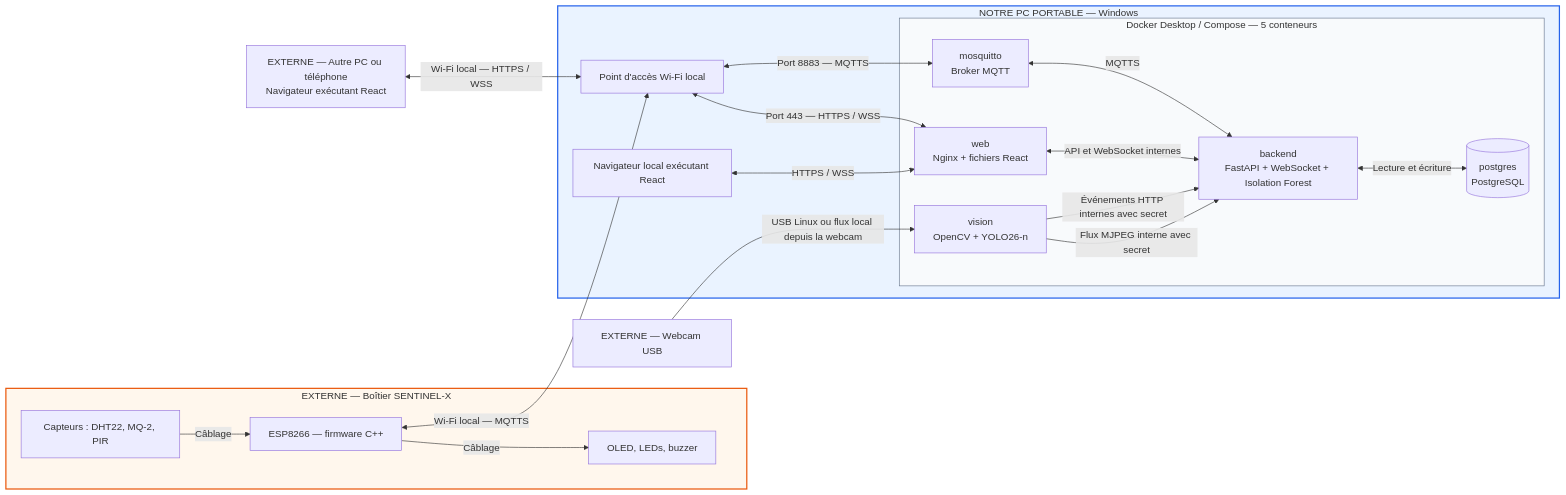
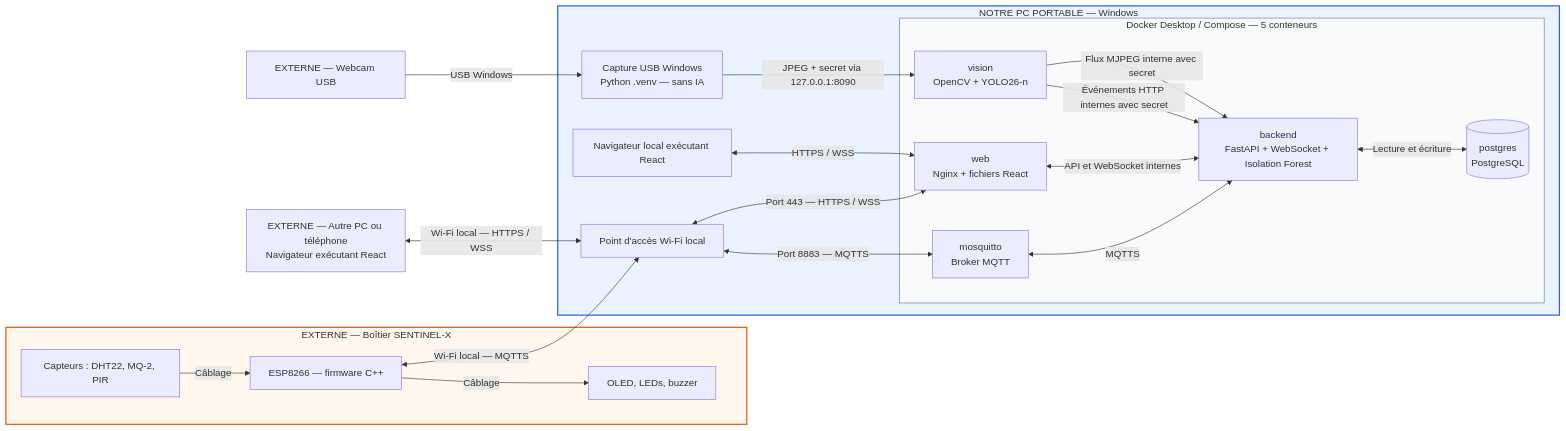
Before and after one commit to nolbert82/workshop-frontier-defense: the diagram in SPECIFICATIONS.md, drawn with Mermaid. The commit also changed other lines of this file and 15 other files, not shown here.

````diff
--- a/SPECIFICATIONS.md
+++ b/SPECIFICATIONS.md
@@ -36,41 +36,43 @@
 ```mermaid
 flowchart LR
     subgraph BOITIER["EXTERNE — Boîtier SENTINEL-X"]
         C["Capteurs : DHT22, MQ-2, PIR"] -->|Câblage| E["ESP8266 — firmware C++"]
         E -->|Câblage| A["OLED, LEDs, buzzer"]
     end
 
     CAM["EXTERNE — Webcam USB"]
     U["EXTERNE — Autre PC ou téléphone<br/>Navigateur exécutant React"]
 
     subgraph PC["NOTRE PC PORTABLE — Windows"]
         WIFI["Point d'accès Wi-Fi local"]
         LOCAL["Navigateur local exécutant React"]
+        CAP["Capture USB Windows<br/>Python .venv — sans IA"]
 
         subgraph DOCKER["Docker Desktop / Compose — 5 conteneurs"]
             V["vision<br/>OpenCV + YOLO26-n"]
             M["mosquitto<br/>Broker MQTT"]
             B["backend<br/>FastAPI + WebSocket + Isolation Forest"]
             P[("postgres<br/>PostgreSQL")]
             W["web<br/>Nginx + fichiers React"]
 
             M <-->|MQTTS| B
             B <-->|Lecture et écriture| P
             W <-->|API et WebSocket internes| B
         end
 
         V -->|Événements HTTP internes avec secret| B
         V -->|Flux MJPEG interne avec secret| B
         WIFI <-->|Port 8883 — MQTTS| M
         WIFI <-->|Port 443 — HTTPS / WSS| W
         LOCAL <-->|HTTPS / WSS| W
     end
 
     E <-->|Wi-Fi local — MQTTS| WIFI
     U <-->|Wi-Fi local — HTTPS / WSS| WIFI
-    CAM -->|USB Linux ou flux local depuis la webcam| V
+    CAM -->|USB Windows| CAP
+    CAP -->|JPEG + secret via 127.0.0.1:8090| V
 
     style PC fill:#eaf3ff,stroke:#2563eb,stroke-width:2px
     style DOCKER fill:#f8fafc,stroke:#64748b
     style BOITIER fill:#fff7ed,stroke:#ea580c,stroke-width:2px
 ```
````
